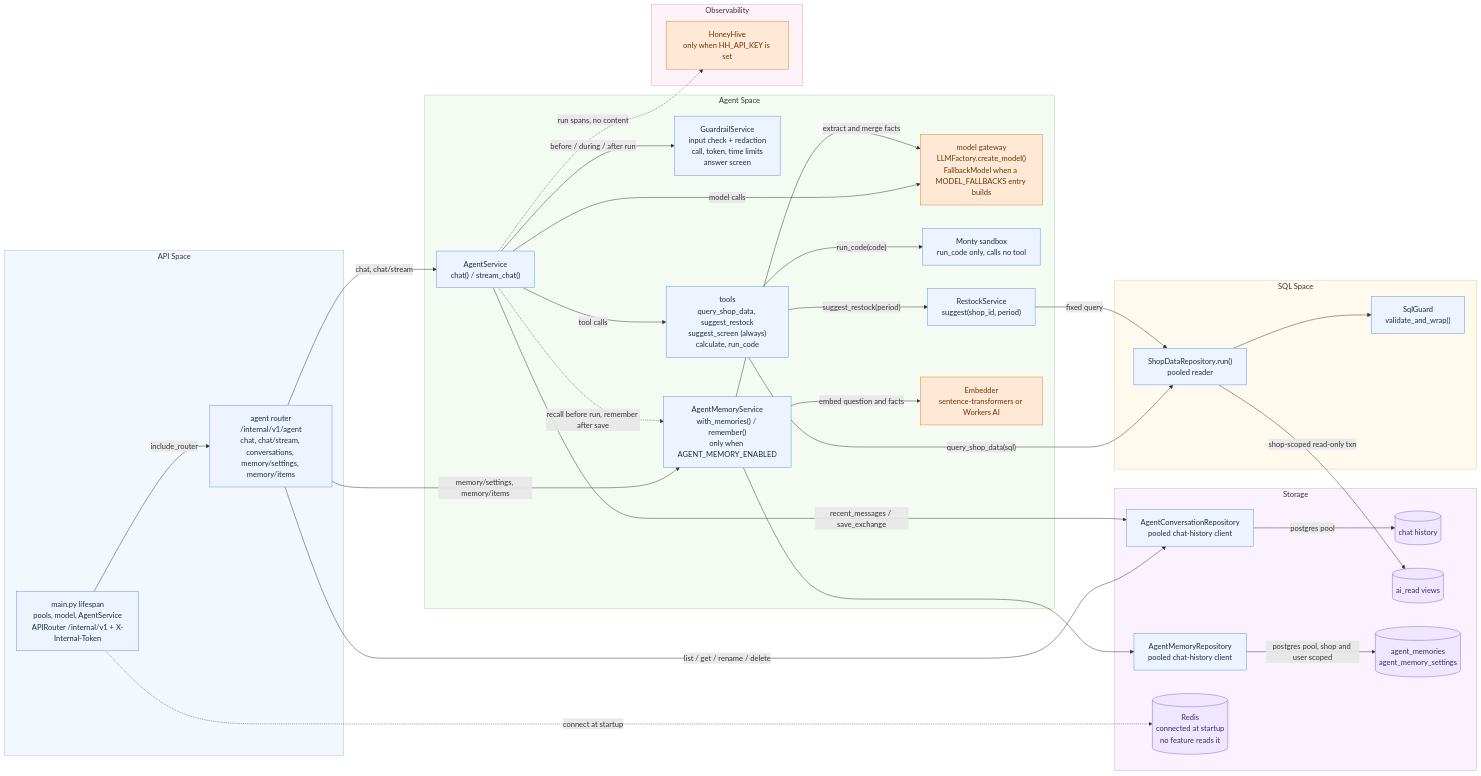
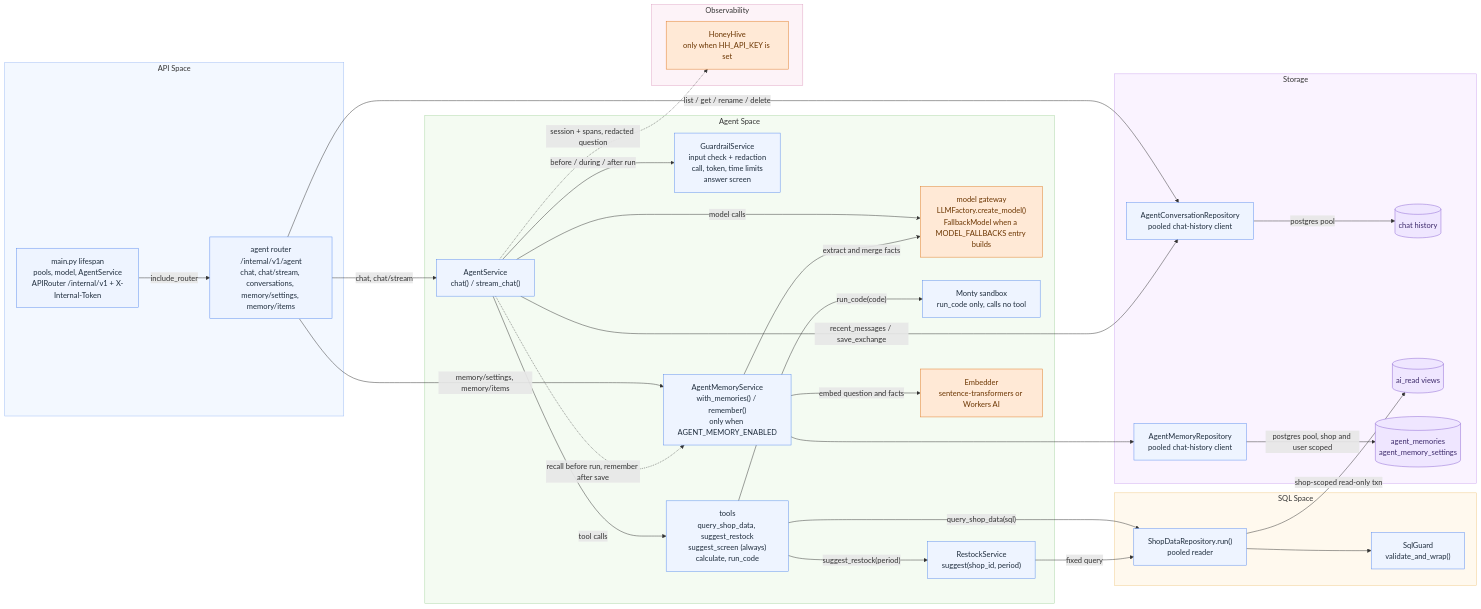
Before and after one commit to miphu2804/smart-ledger: diagram 13 of 14 in docs/architecture/service-walkthrough/README.md, drawn with Mermaid. The commit also changed other lines of this file and 41 other files, not shown here.

````diff
--- a/docs/architecture/service-walkthrough/README.md
+++ b/docs/architecture/service-walkthrough/README.md
@@ -600,70 +600,68 @@
 ```mermaid
 flowchart LR
     subgraph API["API Space"]
         MAIN["main.py lifespan<br/>pools, model, AgentService<br/>APIRouter /internal/v1 + X-Internal-Token"]
         ROUTER["agent router<br/>/internal/v1/agent<br/>chat, chat/stream, conversations, memory/settings, memory/items"]
     end
 
     subgraph Agent["Agent Space"]
         SVC["AgentService<br/>chat() / stream_chat()"]
         GUARD["GuardrailService<br/>input check + redaction<br/>call, token, time limits<br/>answer screen"]
         MODEL["model gateway<br/>LLMFactory.create_model()<br/>FallbackModel when a MODEL_FALLBACKS entry builds"]
         TOOLS["tools<br/>query_shop_data, suggest_restock<br/>suggest_screen (always)<br/>calculate, run_code"]
         SANDBOX["Monty sandbox<br/>run_code only, calls no tool"]
         RESTOCK["RestockService<br/>suggest(shop_id, period)"]
         MEM["AgentMemoryService<br/>with_memories() / remember()<br/>only when AGENT_MEMORY_ENABLED"]
         EMB["Embedder<br/>sentence-transformers or Workers AI"]
     end
 
     subgraph SQL["SQL Space"]
         EXEC["ShopDataRepository.run()<br/>pooled reader"]
         SG["SqlGuard<br/>validate_and_wrap()"]
     end
 
     subgraph Store["Storage"]
         REPO["AgentConversationRepository<br/>pooled chat-history client"]
         PG[("chat history")]
         VIEWS[("ai_read views")]
         MREPO["AgentMemoryRepository<br/>pooled chat-history client"]
         MEMDB[("agent_memories<br/>agent_memory_settings")]
-        REDIS[("Redis<br/>connected at startup<br/>no feature reads it")]
     end
 
     subgraph Obs["Observability"]
         LF["HoneyHive<br/>only when HH_API_KEY is set"]
     end
 
     MAIN -->|"include_router"| ROUTER
-    MAIN -.->|"connect at startup"| REDIS
     ROUTER -->|"chat, chat/stream"| SVC
     ROUTER -->|"list / get / rename / delete"| REPO
     SVC -->|"before / during / after run"| GUARD
     SVC -->|"model calls"| MODEL
     SVC -->|"tool calls"| TOOLS
     SVC -->|"recent_messages / save_exchange"| REPO
-    SVC -.->|"run spans, no content"| LF
+    SVC -.->|"session + spans, redacted question"| LF
     TOOLS -->|"query_shop_data(sql)"| EXEC
     TOOLS -->|"suggest_restock(period)"| RESTOCK -->|"fixed query"| EXEC
     TOOLS -->|"run_code(code)"| SANDBOX
     EXEC --> SG
     EXEC -->|"shop-scoped read-only txn"| VIEWS
     REPO -->|"postgres pool"| PG
     ROUTER -->|"memory/settings, memory/items"| MEM
     SVC -.->|"recall before run, remember after save"| MEM
     MEM -->|"embed question and facts"| EMB
     MEM -->|"extract and merge facts"| MODEL
     MEM --> MREPO -->|"postgres pool, shop and user scoped"| MEMDB
     classDef default fill:#eef4ff,stroke:#5b8def,color:#1f2d3d
     classDef decision fill:#fff4cc,stroke:#d4a017,color:#5c4400
     classDef error fill:#fde2e1,stroke:#d9534f,color:#8a1f1b
     classDef terminal fill:#dff5e3,stroke:#3c9d5d,color:#1e5631
     classDef store fill:#efe6ff,stroke:#8a63d2,color:#3d2a6b
     classDef shared fill:#ffe9d6,stroke:#e07b24,color:#6b3500
-    class PG,VIEWS,REDIS,MEMDB store
+    class PG,VIEWS,MEMDB store
     class MODEL,LF,EMB shared
     style API fill:#f3f8ff,stroke:#9dbcf5
     style Agent fill:#f4fbf2,stroke:#a8d5a2
     style SQL fill:#fff9ee,stroke:#f0c987
     style Store fill:#faf3ff,stroke:#cfa8f0
     style Obs fill:#fdf3f8,stroke:#e0a3c4
 ```
````
